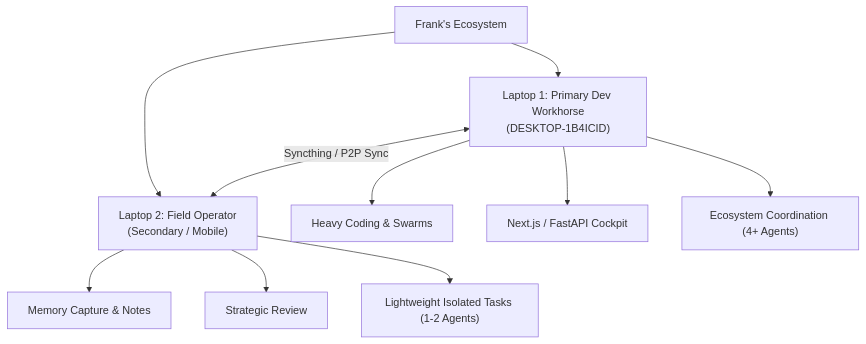
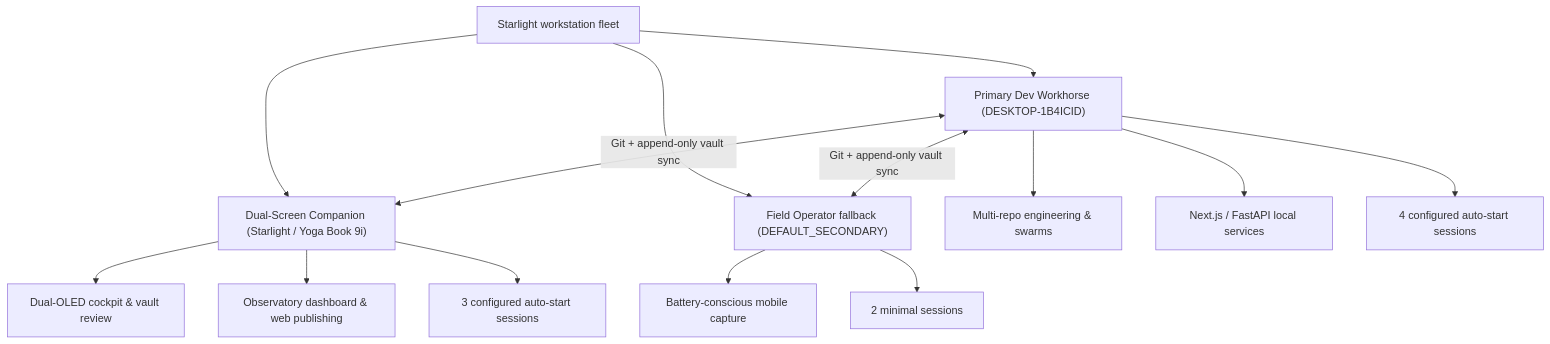
One commit to frankxai/Starlight-Intelligence-System changed the diagram in docs/ops/MULTI_LAPTOP_STRATEGY.md. Above: the diagram before and after it, drawn with Mermaid. The commit also changed other lines of this file and 9 other files, not shown here.

````diff
--- a/docs/ops/MULTI_LAPTOP_STRATEGY.md
+++ b/docs/ops/MULTI_LAPTOP_STRATEGY.md
@@ -11,15 +11,20 @@
 ```mermaid
-graph TD
-    A["Frank's Ecosystem"] --> B["Laptop 1: Primary Dev Workhorse<br/>(DESKTOP-1B4ICID)"]
-    A --> C["Laptop 2: Field Operator<br/>(Secondary / Mobile)"]
-    
-    B --> B1["Heavy Coding & Swarms"]
-    B --> B2["Next.js / FastAPI Cockpit"]
-    B --> B3["Ecosystem Coordination (4+ Agents)"]
-    
-    C --> C1["Memory Capture & Notes"]
-    C --> C2["Strategic Review"]
-    C --> C3["Lightweight Isolated Tasks (1-2 Agents)"]
-    
-    B <-->|Syncthing / P2P Sync| C
+flowchart TD
+    A["Starlight workstation fleet"] --> B["Primary Dev Workhorse (DESKTOP-1B4ICID)"]
+    A --> C["Dual-Screen Companion (Starlight / Yoga Book 9i)"]
+    A --> D["Field Operator fallback (DEFAULT_SECONDARY)"]
+
+    B --> B1["Multi-repo engineering & swarms"]
+    B --> B2["Next.js / FastAPI local services"]
+    B --> B3["4 configured auto-start sessions"]
+
+    C --> C1["Dual-OLED cockpit & vault review"]
+    C --> C2["Observatory dashboard & web publishing"]
+    C --> C3["3 configured auto-start sessions"]
+
+    D --> D1["Battery-conscious mobile capture"]
+    D --> D2["2 minimal sessions"]
+
+    B <-->|Git + append-only vault sync| C
+    B <-->|Git + append-only vault sync| D
 ```
````
